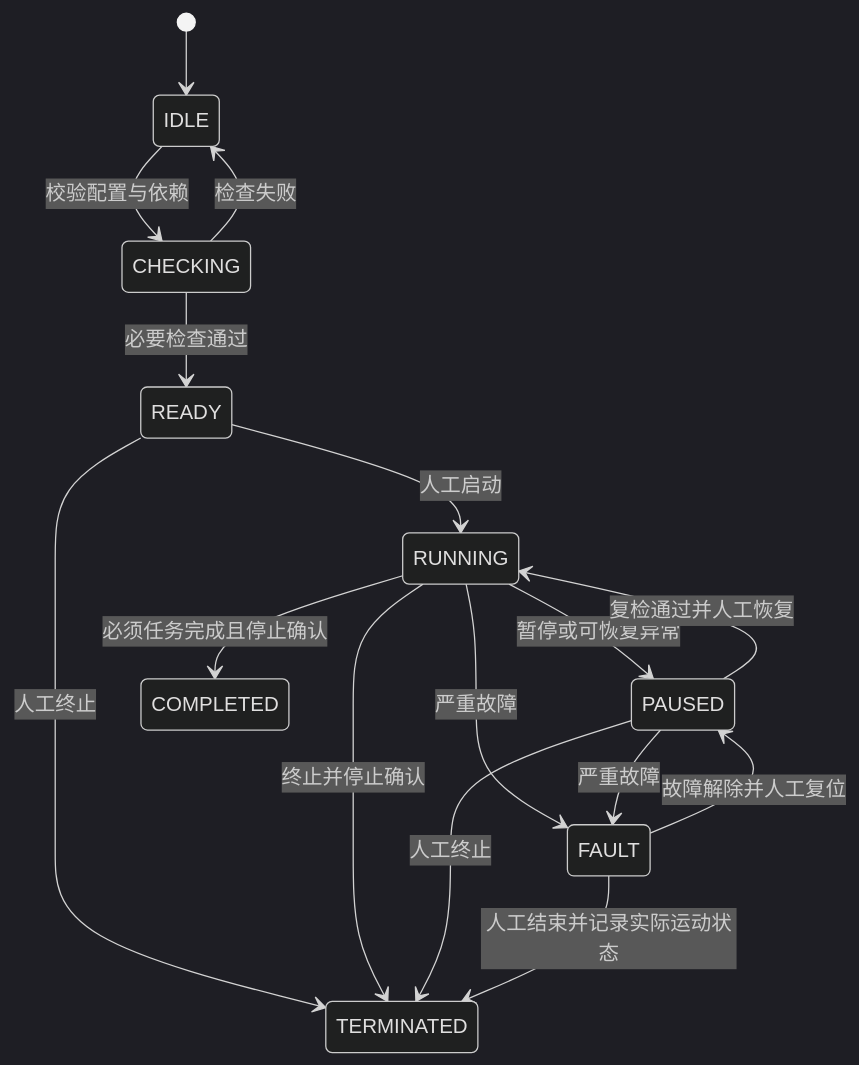
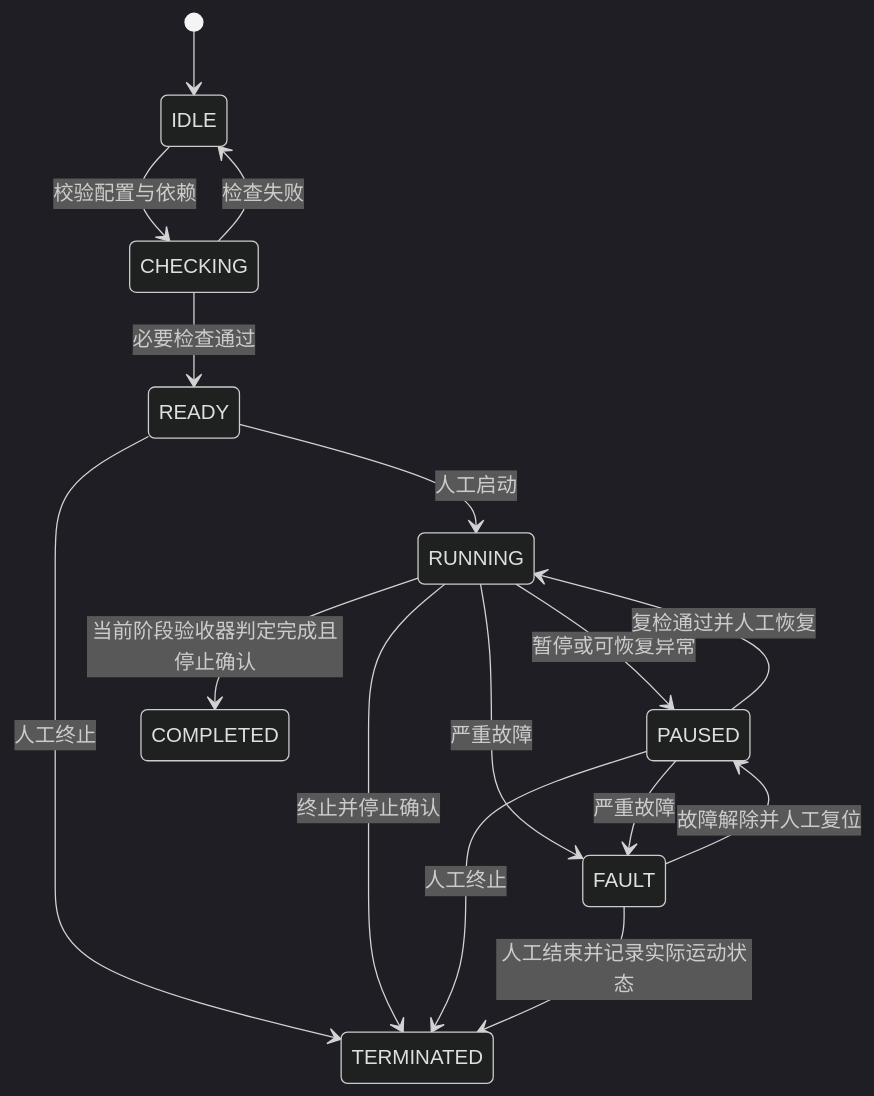
Before and after one commit to Li-Hua-XD/AIP: the second of 2 diagrams in docs/design/废墟智援_技术设计文档_v0.1.md, drawn with Mermaid (dark theme). The commit also changed other lines of this file and 30 other files, not shown here.

````diff
--- a/docs/design/废墟智援_技术设计文档_v0.1.md
+++ b/docs/design/废墟智援_技术设计文档_v0.1.md
@@ -364,18 +381,18 @@
 ```mermaid
 stateDiagram-v2
     [*] --> IDLE
     IDLE --> CHECKING: 校验配置与依赖
     CHECKING --> READY: 必要检查通过
     CHECKING --> IDLE: 检查失败
     READY --> RUNNING: 人工启动
     RUNNING --> PAUSED: 暂停或可恢复异常
     PAUSED --> RUNNING: 复检通过并人工恢复
-    RUNNING --> COMPLETED: 必须任务完成且停止确认
+    RUNNING --> COMPLETED: 当前阶段验收器判定完成且停止确认
     RUNNING --> FAULT: 严重故障
     PAUSED --> FAULT: 严重故障
     FAULT --> PAUSED: 故障解除并人工复位
     READY --> TERMINATED: 人工终止
     RUNNING --> TERMINATED: 终止并停止确认
     PAUSED --> TERMINATED: 人工终止
     FAULT --> TERMINATED: 人工结束并记录实际运动状态
 ```
````
